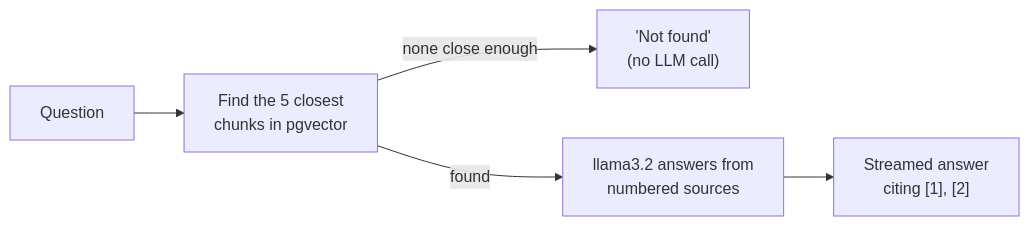
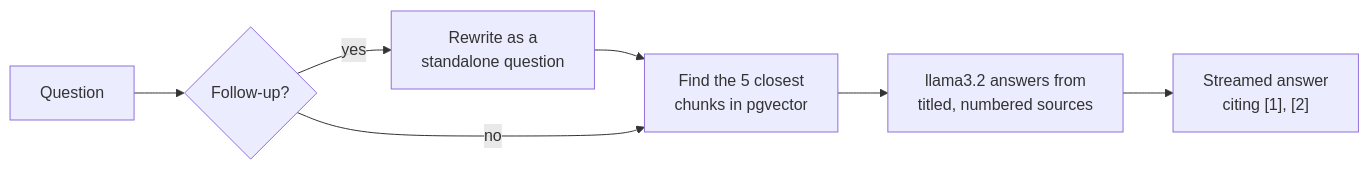
One commit to groundedkit/docbound changed the third of 3 diagrams in README.md. Above: the diagram before and after it, drawn with Mermaid. The commit also changed other lines of this file and 21 other files, not shown here.

````diff
--- a/README.md
+++ b/README.md
@@ -202,6 +203,7 @@
 ```mermaid
 flowchart LR
-    Q["Question"] --> R["Find the 5 closest<br/>chunks in pgvector"]
-    R -- "none close enough" --> NF["'Not found'<br/>(no LLM call)"]
-    R -- "found" --> L["llama3.2 answers from<br/>numbered sources"] --> A["Streamed answer<br/>citing [1], [2]"]
+    Q["Question"] --> F{"Follow-up?"}
+    F -- "yes" --> W["Rewrite as a<br/>standalone question"] --> R
+    F -- "no" --> R["Find the 5 closest<br/>chunks in pgvector"]
+    R --> L["llama3.2 answers from<br/>titled, numbered sources"] --> A["Streamed answer<br/>citing [1], [2]"]
 ```
````
